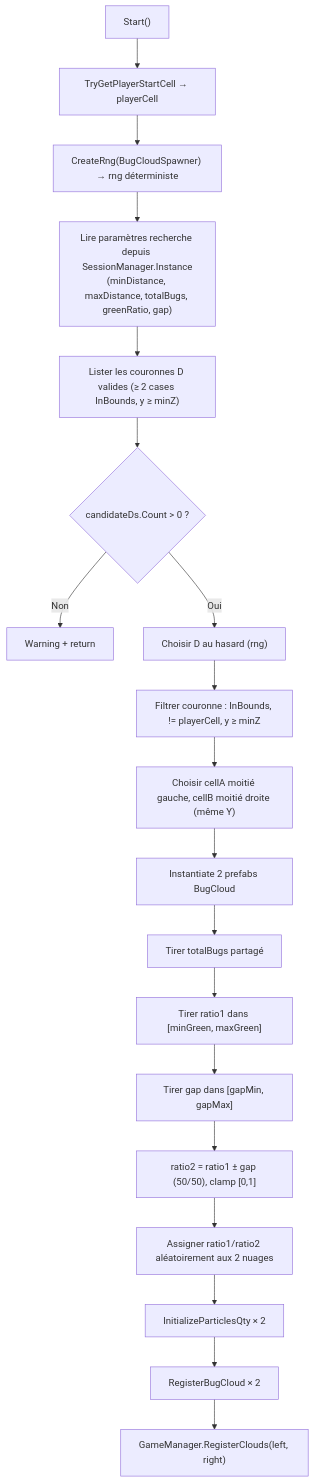
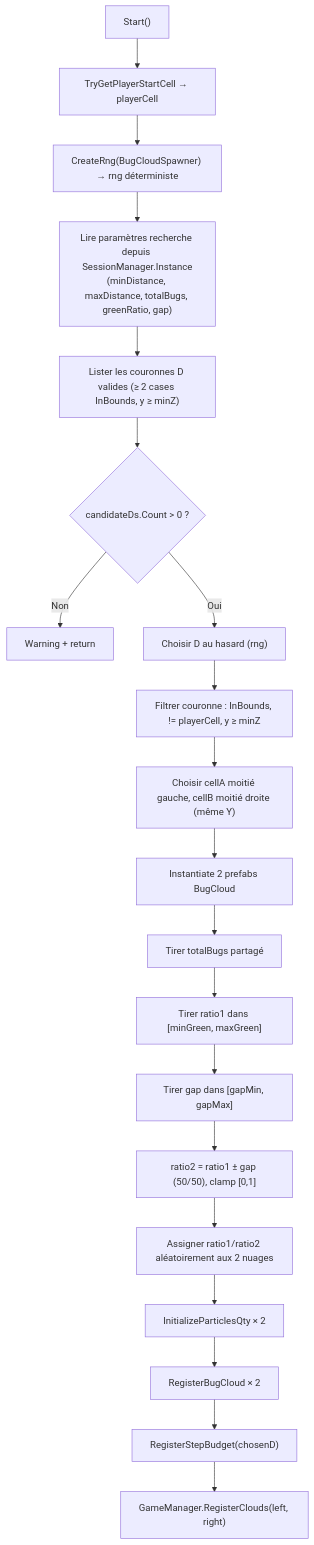
Before and after one commit to PierreChagnon/BUGS: the first of 13 diagrams in Docs/TDD.md, drawn with Mermaid. The commit also changed other lines of this file and 7 other files, not shown here.

Commit message:
[NEW STEP BUDGET] player now lose bugs when steps number exceeding best distance from clouds + data pipeline update + TDD update

````diff
--- a/Docs/TDD.md
+++ b/Docs/TDD.md
@@ -150,21 +152,22 @@
 ```mermaid
 graph TD
     A["Start()"] --> B["TryGetPlayerStartCell → playerCell"]
     B --> C["CreateRng(BugCloudSpawner) → rng déterministe"]
     C --> C2["Lire paramètres recherche depuis SessionManager.Instance<br/>(minDistance, maxDistance, totalBugs, greenRatio, gap)"]
     C2 --> D["Lister les couronnes D valides (≥ 2 cases InBounds, y ≥ minZ)"]
     D --> E{candidateDs.Count > 0 ?}
     E -->|Non| F[Warning + return]
     E -->|Oui| G["Choisir D au hasard (rng)"]
     G --> H["Filtrer couronne : InBounds, != playerCell, y ≥ minZ"]
     H --> I["Choisir cellA moitié gauche, cellB moitié droite (même Y)"]
     I --> J["Instantiate 2 prefabs BugCloud"]
     J --> K["Tirer totalBugs partagé"]
     K --> L["Tirer ratio1 dans [minGreen, maxGreen]"]
     L --> M["Tirer gap dans [gapMin, gapMax]"]
     M --> N["ratio2 = ratio1 ± gap (50/50), clamp [0,1]"]
     N --> O["Assigner ratio1/ratio2 aléatoirement aux 2 nuages"]
     O --> P["InitializeParticlesQty × 2"]
     P --> Q["RegisterBugCloud × 2"]
-    Q --> R["GameManager.RegisterClouds(left, right)"]
+    Q --> Q2["RegisterStepBudget(chosenD)"]
+    Q2 --> R["GameManager.RegisterClouds(left, right)"]
 ```
````
